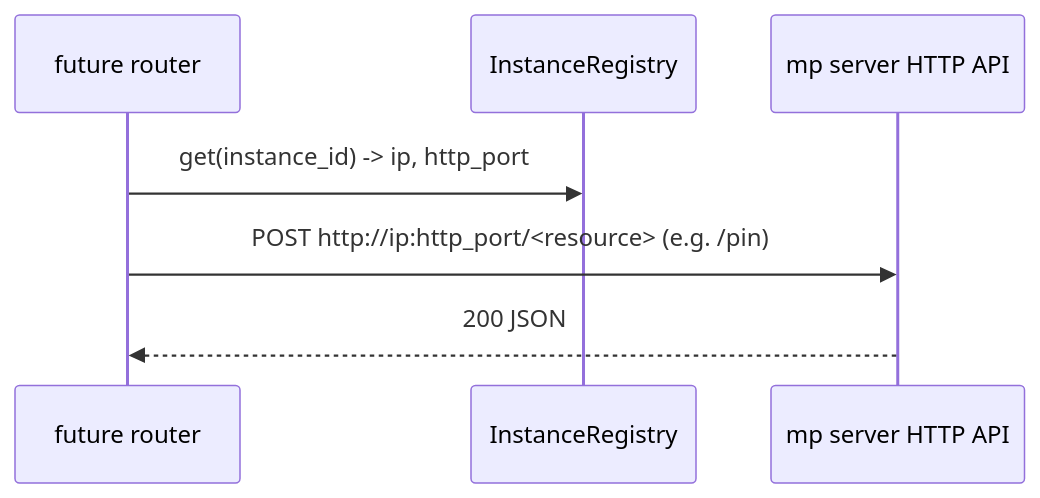
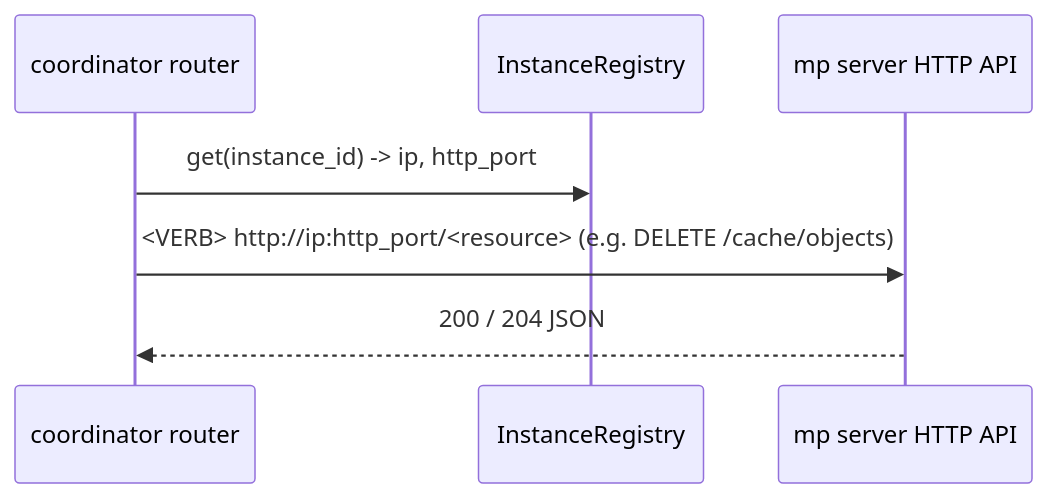
The second of 2 diagrams in docs/design/v1/mp_coordinator/README.md (LMCache/LMCache), drawn with Mermaid before and after one commit. The commit also changed other lines of this file and 2 other files, not shown here.

````diff
--- a/docs/design/v1/mp_coordinator/README.md
+++ b/docs/design/v1/mp_coordinator/README.md
@@ -75,10 +101,10 @@
 ```mermaid
 sequenceDiagram
-    participant Ctl as future router
+    participant Ctl as coordinator router
     participant Reg as InstanceRegistry
     participant M as mp server HTTP API
 
     Ctl->>Reg: get(instance_id) -> ip, http_port
-    Ctl->>M: POST http://ip:http_port/<resource> (e.g. /pin)
-    M-->>Ctl: 200 JSON
+    Ctl->>M: <VERB> http://ip:http_port/<resource> (e.g. DELETE /cache/objects)
+    M-->>Ctl: 200 / 204 JSON
 ```
````
